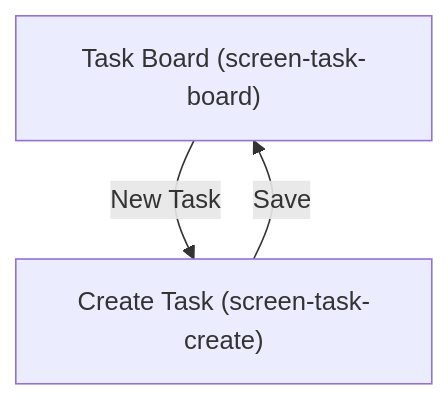
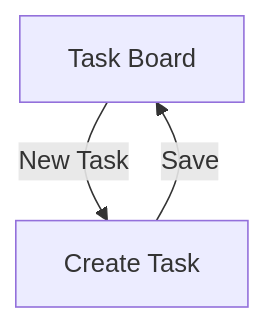
The diagram in examples/saas-multi-tenant/docs/10-frontend-planning/frontend.md (AffonsoPaulo/software-architect), drawn with Mermaid before and after one commit. The commit also changed other lines of this file and 38 other files, not shown here.

````diff
--- a/examples/saas-multi-tenant/docs/10-frontend-planning/frontend.md
+++ b/examples/saas-multi-tenant/docs/10-frontend-planning/frontend.md
@@ -37,5 +65,5 @@
 ```mermaid
 flowchart TD
-    Board["Task Board (screen-task-board)"] -->|"New Task"| Create["Create Task (screen-task-create)"]
+    Board["Task Board"] -->|"New Task"| Create["Create Task"]
     Create -->|"Save"| Board
 ```
````
